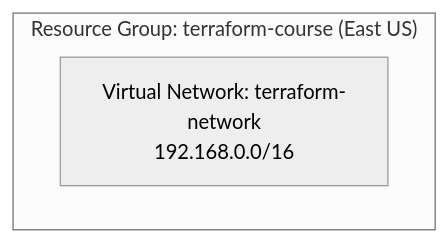
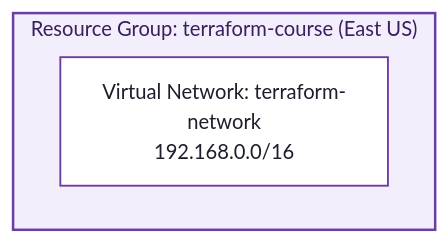
The second of 3 diagrams in README.md (kiwisigma/terraform-course), drawn with Mermaid (neutral theme) before and after one commit. The commit also changed other lines of this file, not shown here.

Commit message:
Fix mermaid diagram contrast, link lab headings to their folders

````diff
--- a/README.md
+++ b/README.md
@@ -43,6 +45,8 @@
 ```mermaid
 graph TD
     subgraph RG["Resource Group: terraform-course (East US)"]
         VNET["Virtual Network: terraform-network<br/>192.168.0.0/16"]
     end
+    style RG fill:#f3eefc,stroke:#6b3fa0,stroke-width:2px,color:#3a1f5c
+    style VNET fill:#ffffff,stroke:#6b3fa0,stroke-width:1.5px,color:#211c2c
 ```
````
